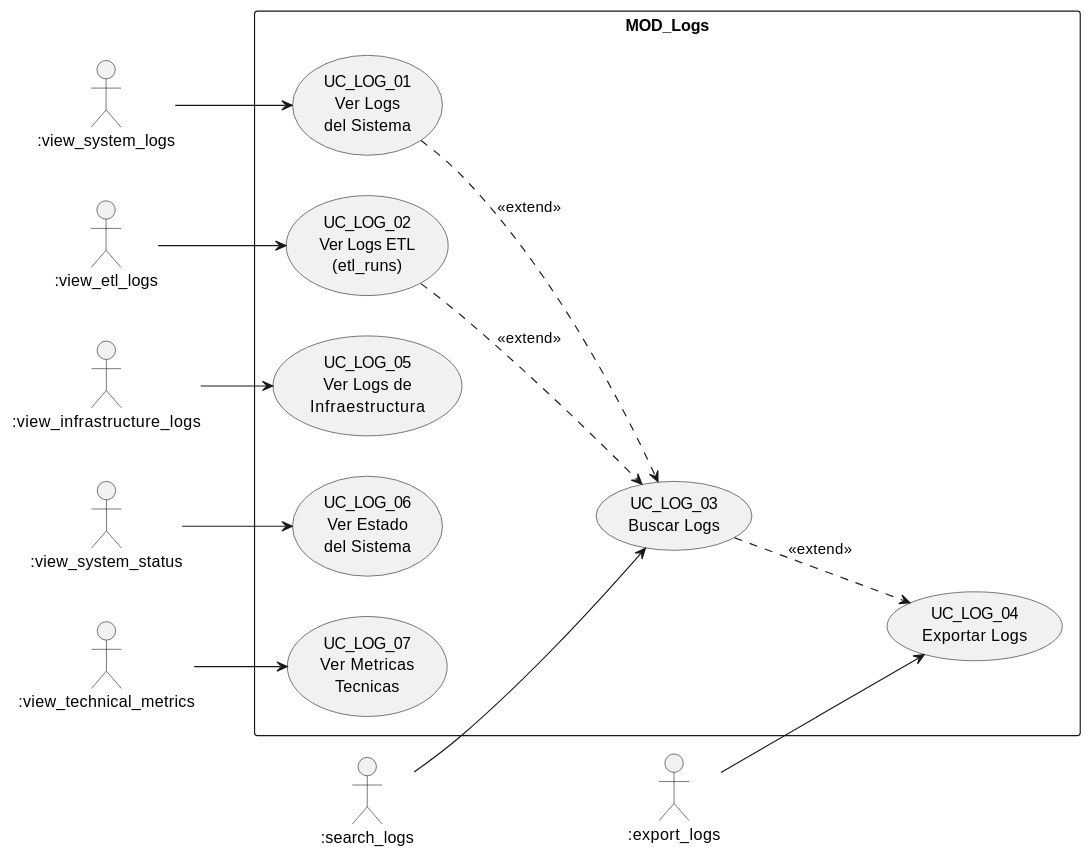
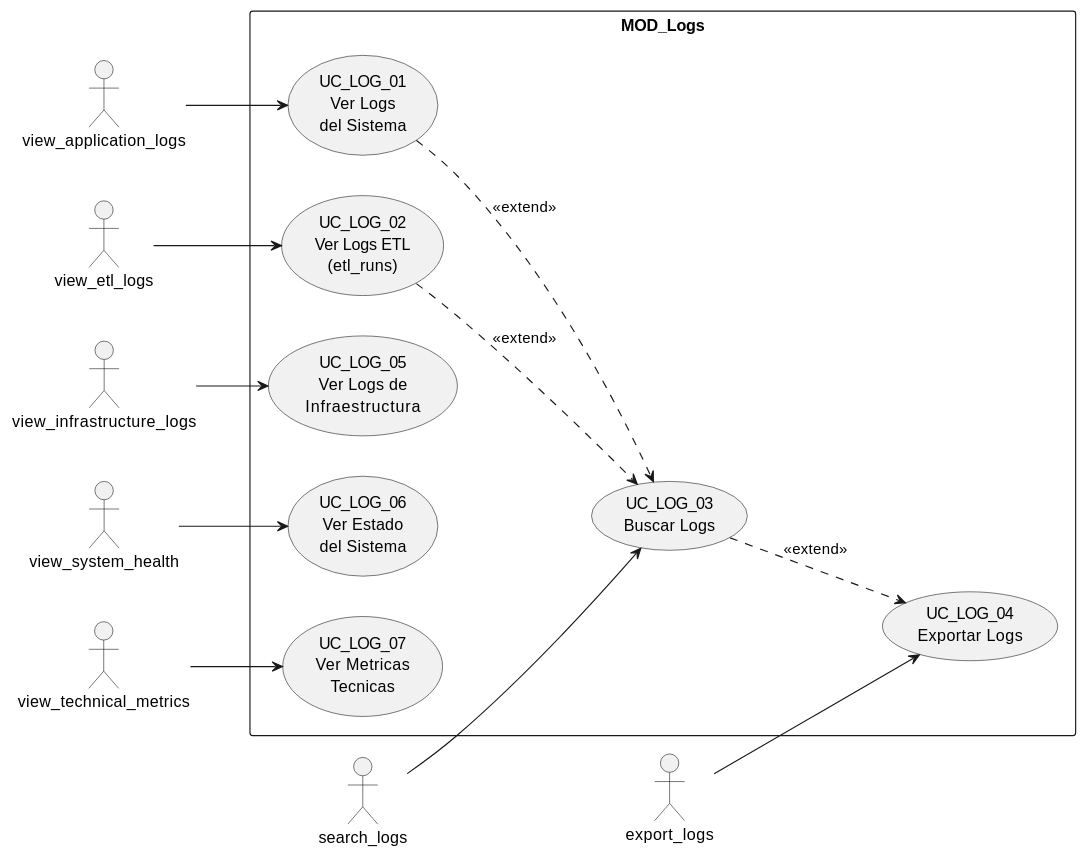
Before and after one commit to jcg-admin/IACT-docs: the ninth of 13 diagrams in source/arquitectura-tecnica/diagramas-uc-por-modulo.rst, drawn with PlantUML. The commit also changed other lines of this file and 157 other files, not shown here.

First line of the commit message:
Enforce catalog function names across all diagrams

```diff
--- a/source/arquitectura-tecnica/diagramas-uc-por-modulo.rst
+++ b/source/arquitectura-tecnica/diagramas-uc-por-modulo.rst
@@ -400,37 +394,37 @@
 .. uml::
  :caption: Figura 24 — MOD_Logs: casos de uso
 
  @startuml
  left to right direction
 
- actor ":view_system_logs" as VSL
- actor ":view_etl_logs" as VEL
- actor ":search_logs" as SL
- actor ":export_logs" as EL
- actor ":view_infrastructure_logs" as VIL
- actor ":view_system_status" as VSS
- actor ":view_technical_metrics" as VTM
+ actor "view_application_logs" as VSL
+ actor "view_etl_logs" as VEL
+ actor "search_logs" as SL
+ actor "export_logs" as EL
+ actor "view_infrastructure_logs" as VIL
+ actor "view_system_health" as VSS
+ actor "view_technical_metrics" as VTM
 
  rectangle "MOD_Logs" {
    usecase "UC_LOG_01\nVer Logs\ndel Sistema" as L01
    usecase "UC_LOG_02\nVer Logs ETL\n(etl_runs)" as L02
    usecase "UC_LOG_03\nBuscar Logs" as L03
    usecase "UC_LOG_04\nExportar Logs" as L04
    usecase "UC_LOG_05\nVer Logs de\nInfraestructura" as L05
    usecase "UC_LOG_06\nVer Estado\ndel Sistema" as L06
    usecase "UC_LOG_07\nVer Metricas\nTecnicas" as L07
  }
 
  VSL --> L01
  VEL --> L02
  SL --> L03
  EL --> L04
  VIL --> L05
  VSS --> L06
  VTM --> L07
 
  L01 ..> L03 : <<extend>>
  L02 ..> L03 : <<extend>>
  L03 ..> L04 : <<extend>>
 
  @enduml
```
